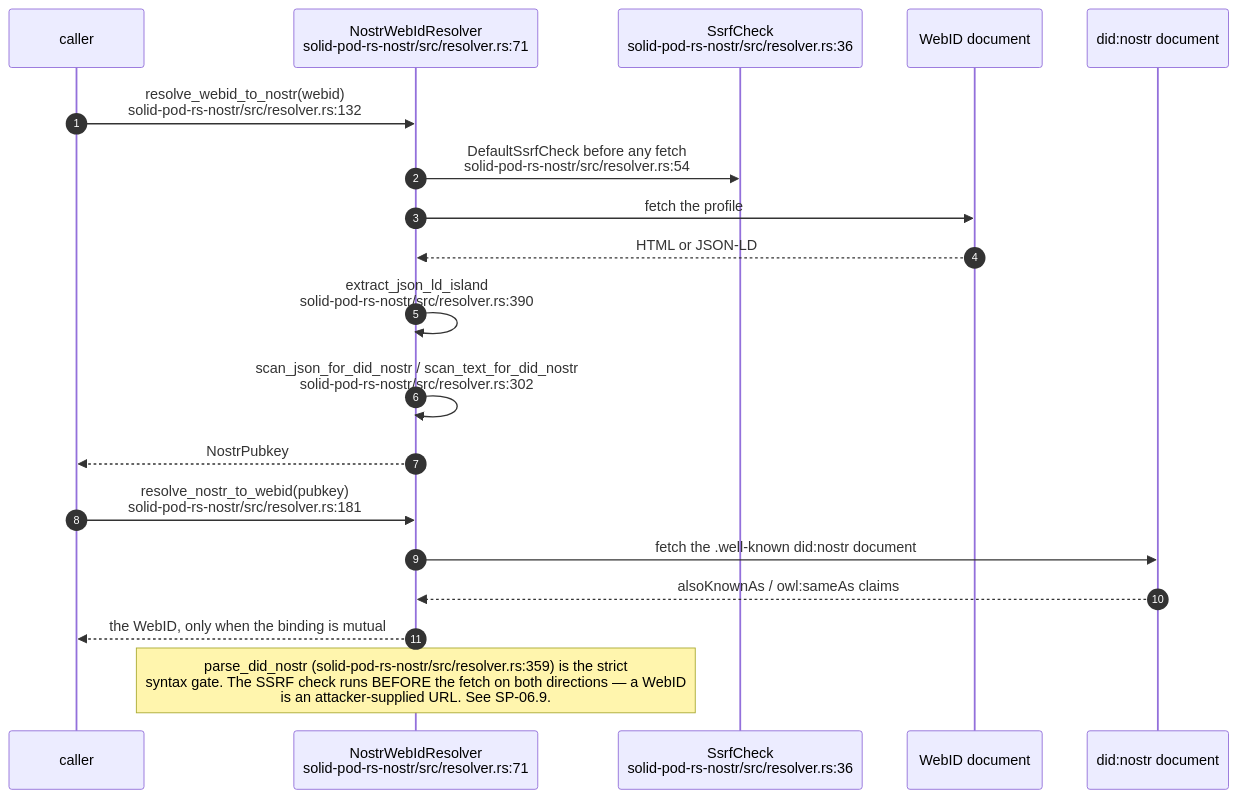
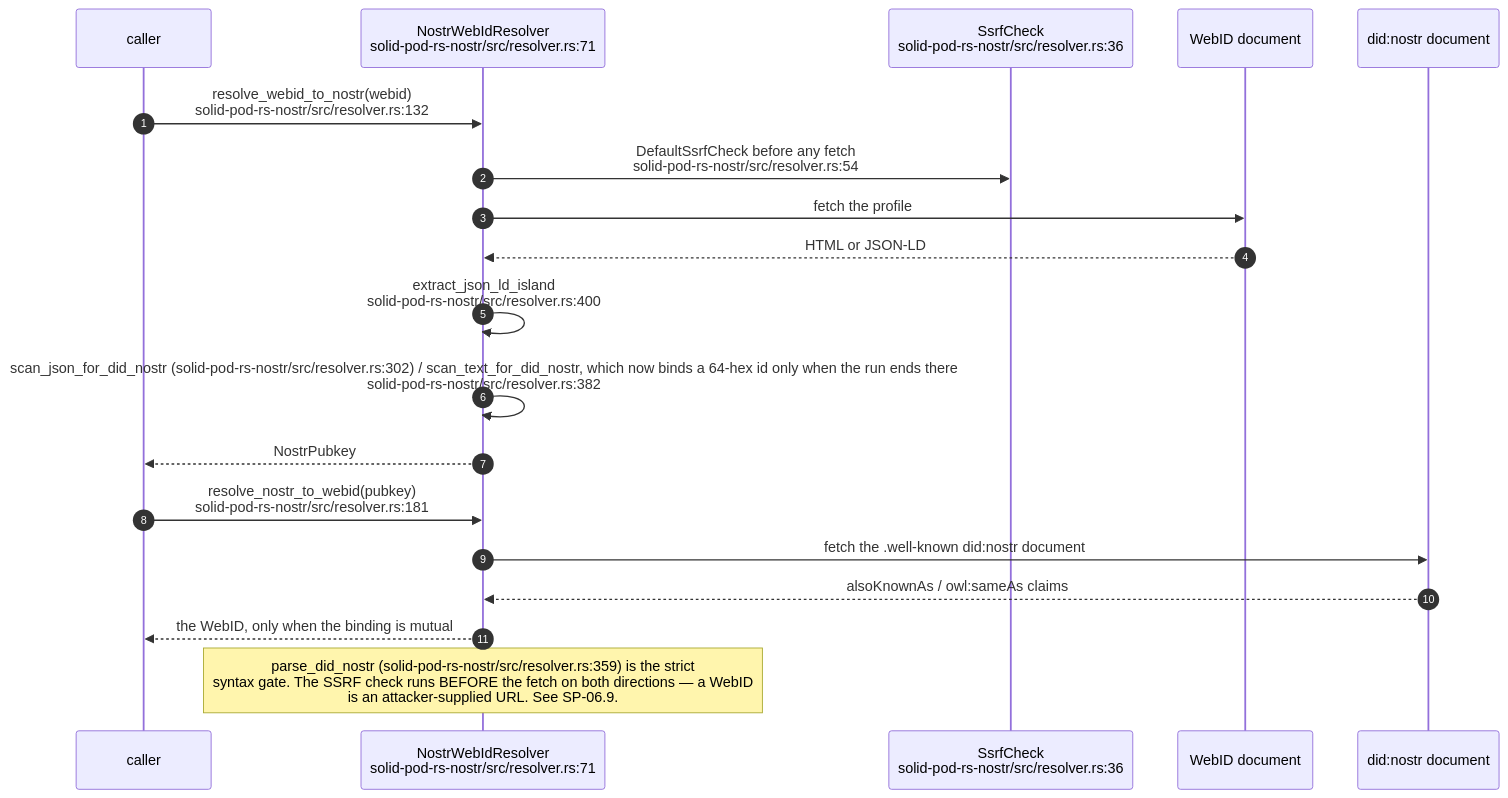
The tenth of 18 diagrams in docs/diagrams/solid-pod-rs/05-identity-nip98-did-oidc.md (DreamLab-AI/VisionFlow), drawn with Mermaid before and after one commit. The commit also changed other lines of this file and 145 other files, not shown here.

````diff
--- a/docs/diagrams/solid-pod-rs/05-identity-nip98-did-oidc.md
+++ b/docs/diagrams/solid-pod-rs/05-identity-nip98-did-oidc.md
@@ -337,23 +337,23 @@
 ```mermaid
 sequenceDiagram
     autonumber
     participant A as caller
     participant R as NostrWebIdResolver<br/>solid-pod-rs-nostr/src/resolver.rs:71
     participant SS as SsrfCheck<br/>solid-pod-rs-nostr/src/resolver.rs:36
     participant W as WebID document
     participant D as did:nostr document
 
     A->>R: resolve_webid_to_nostr(webid)<br/>solid-pod-rs-nostr/src/resolver.rs:132
     R->>SS: DefaultSsrfCheck before any fetch<br/>solid-pod-rs-nostr/src/resolver.rs:54
     R->>W: fetch the profile
     W-->>R: HTML or JSON-LD
-    R->>R: extract_json_ld_island<br/>solid-pod-rs-nostr/src/resolver.rs:390
-    R->>R: scan_json_for_did_nostr / scan_text_for_did_nostr<br/>solid-pod-rs-nostr/src/resolver.rs:302
+    R->>R: extract_json_ld_island<br/>solid-pod-rs-nostr/src/resolver.rs:400
+    R->>R: scan_json_for_did_nostr (solid-pod-rs-nostr/src/resolver.rs:302) / scan_text_for_did_nostr, which now binds a 64-hex id only when the run ends there<br/>solid-pod-rs-nostr/src/resolver.rs:382
     R-->>A: NostrPubkey
 
     A->>R: resolve_nostr_to_webid(pubkey)<br/>solid-pod-rs-nostr/src/resolver.rs:181
     R->>D: fetch the .well-known did:nostr document
     D-->>R: alsoKnownAs / owl:sameAs claims
     R-->>A: the WebID, only when the binding is mutual
     Note over R: parse_did_nostr (solid-pod-rs-nostr/src/resolver.rs:359) is the strict<br/>syntax gate. The SSRF check runs BEFORE the fetch on both directions — a WebID<br/>is an attacker-supplied URL. See SP-06.9.
 ```
````
